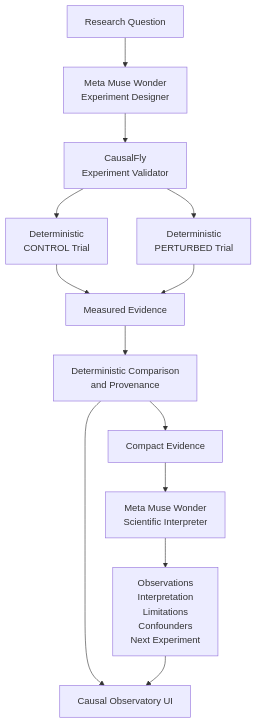
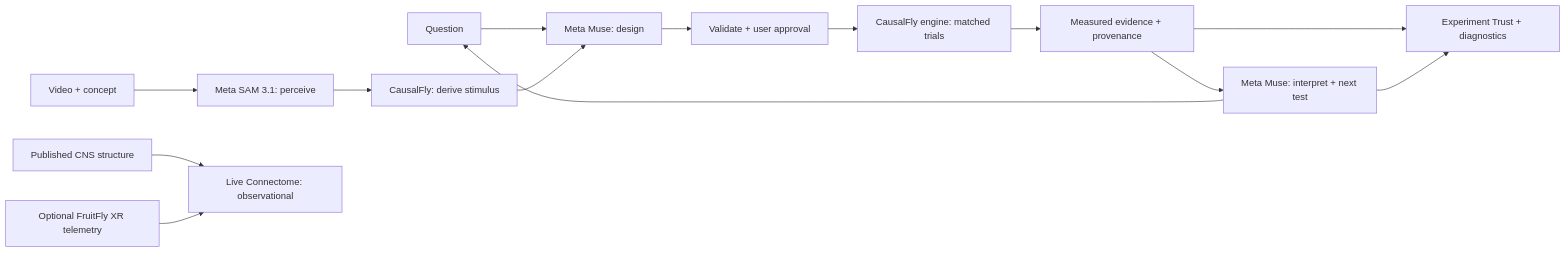
The diagram in README.md (Nurenyx/causalfly), drawn with Mermaid before and after one commit. The commit also changed other lines of this file and 9 other files, not shown here.

````diff
--- a/README.md
+++ b/README.md
@@ -191,25 +47,16 @@
 ```mermaid
-flowchart TD
-    Q[Research Question]
-
-    Q --> M1[Meta Muse Wonder<br/>Experiment Designer]
-
-    M1 --> V[CausalFly<br/>Experiment Validator]
-
-    V --> C[Deterministic<br/>CONTROL Trial]
-    V --> P[Deterministic<br/>PERTURBED Trial]
-
-    C --> E[Measured Evidence]
-    P --> E
-
-    E --> D[Deterministic Comparison<br/>and Provenance]
-
-    D --> CE[Compact Evidence]
-
-    CE --> M2[Meta Muse Wonder<br/>Scientific Interpreter]
-
-    M2 --> A[Observations<br/>Interpretation<br/>Limitations<br/>Confounders<br/>Next Experiment]
-
-    D --> UI[Causal Observatory UI]
-    A --> UI
+flowchart LR
+    Q[Question] --> D[Meta Muse: design]
+    V[Video + concept] --> S[Meta SAM 3.1: perceive]
+    S --> I[CausalFly: derive stimulus]
+    I --> D
+    D --> G[Validate + user approval]
+    G --> E[CausalFly engine: matched trials]
+    E --> M[Measured evidence + provenance]
+    M --> A[Meta Muse: interpret + next test]
+    A --> Q
+    M --> T[Experiment Trust + diagnostics]
+    A --> T
+    P[Published CNS structure] --> L[Live Connectome: observational]
+    X[Optional FruitFly XR telemetry] --> L
 ```
````
